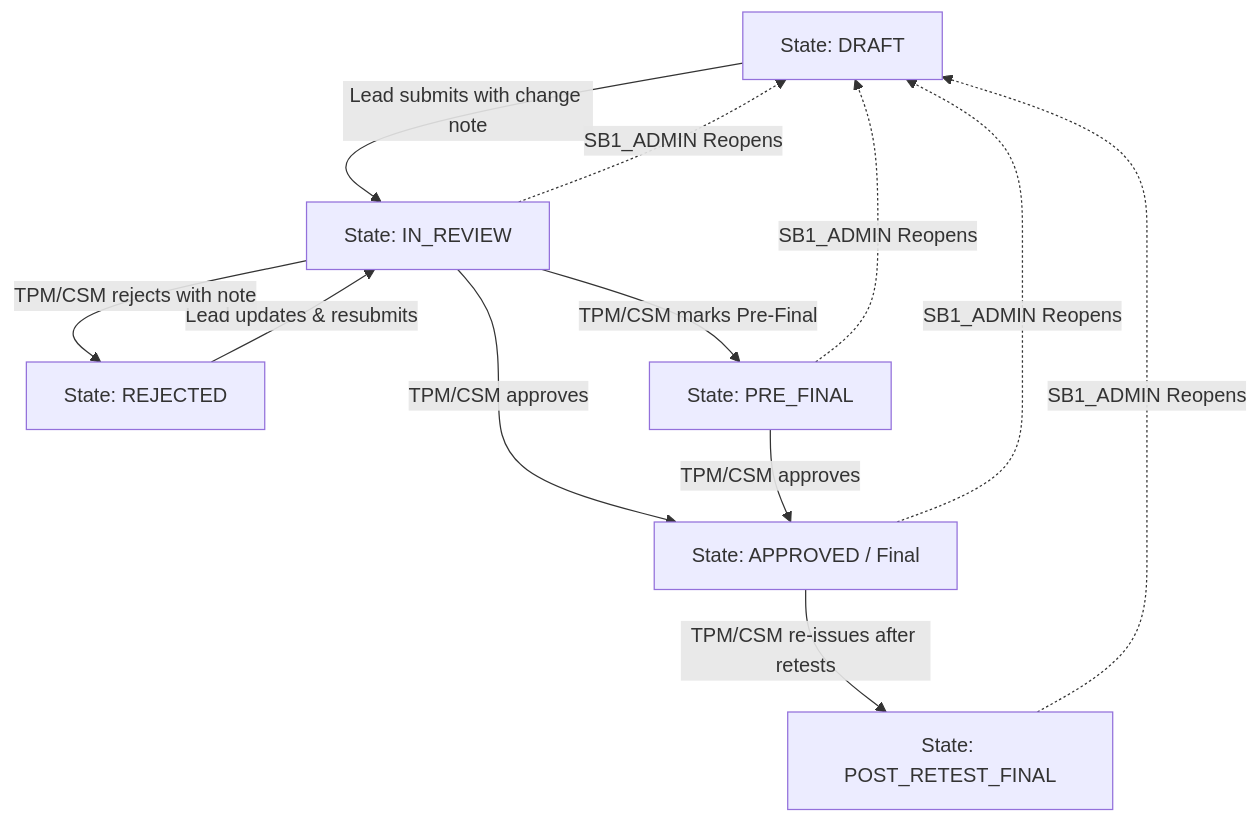
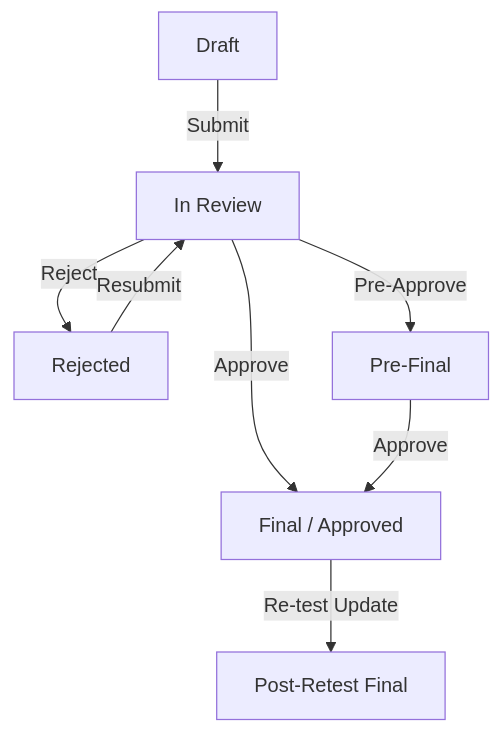
Before and after one commit to Securityboat/SB1-Knowladge-Base-: the diagram in docs/researcher/engagements/detail/reports.md, drawn with Mermaid. The commit also changed other lines of this file and 94 other files, not shown here.

Commit message:
Simplify report lifecycle diagram and generalize roles and state names in reports guide

````diff
--- a/docs/researcher/engagements/detail/reports.md
+++ b/docs/researcher/engagements/detail/reports.md
@@ -14,15 +14,10 @@
 ```mermaid
 graph TD
-    DRAFT[State: DRAFT] -->|Lead submits with change note| IN_REVIEW[State: IN_REVIEW]
-    REJECTED[State: REJECTED] -->|Lead updates & resubmits| IN_REVIEW
-    IN_REVIEW -->|TPM/CSM rejects with note| REJECTED
-    IN_REVIEW -->|TPM/CSM marks Pre-Final| PRE_FINAL[State: PRE_FINAL]
-    IN_REVIEW -->|TPM/CSM approves| APPROVED[State: APPROVED / Final]
-    PRE_FINAL -->|TPM/CSM approves| APPROVED
-    APPROVED -->|TPM/CSM re-issues after retests| POST_RETEST_FINAL[State: POST_RETEST_FINAL]
-    
-    IN_REVIEW -.->|SB1_ADMIN Reopens| DRAFT
-    PRE_FINAL -.->|SB1_ADMIN Reopens| DRAFT
-    APPROVED -.->|SB1_ADMIN Reopens| DRAFT
-    POST_RETEST_FINAL -.->|SB1_ADMIN Reopens| DRAFT
+    Draft[Draft] -->|Submit| InReview[In Review]
+    InReview -->|Reject| Rejected[Rejected]
+    Rejected -->|Resubmit| InReview
+    InReview -->|Pre-Approve| PreFinal[Pre-Final]
+    InReview -->|Approve| Final[Final / Approved]
+    PreFinal -->|Approve| Final
+    Final -->|Re-test Update| PostRetest[Post-Retest Final]
 ```
````
